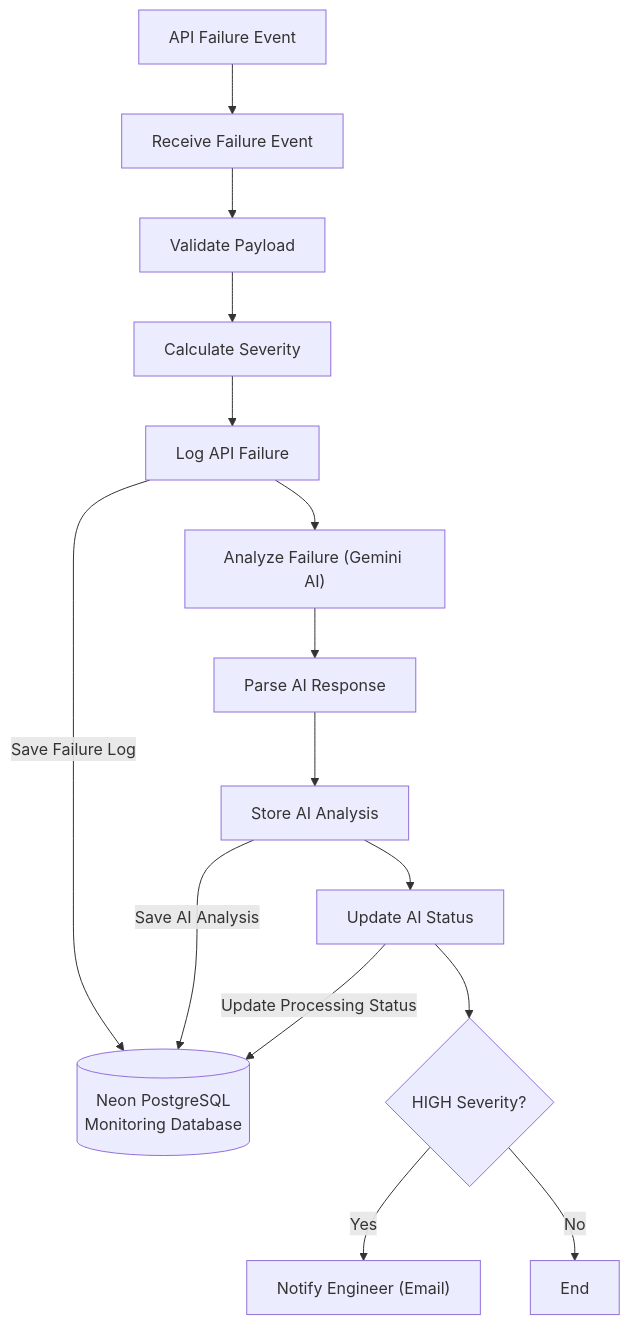
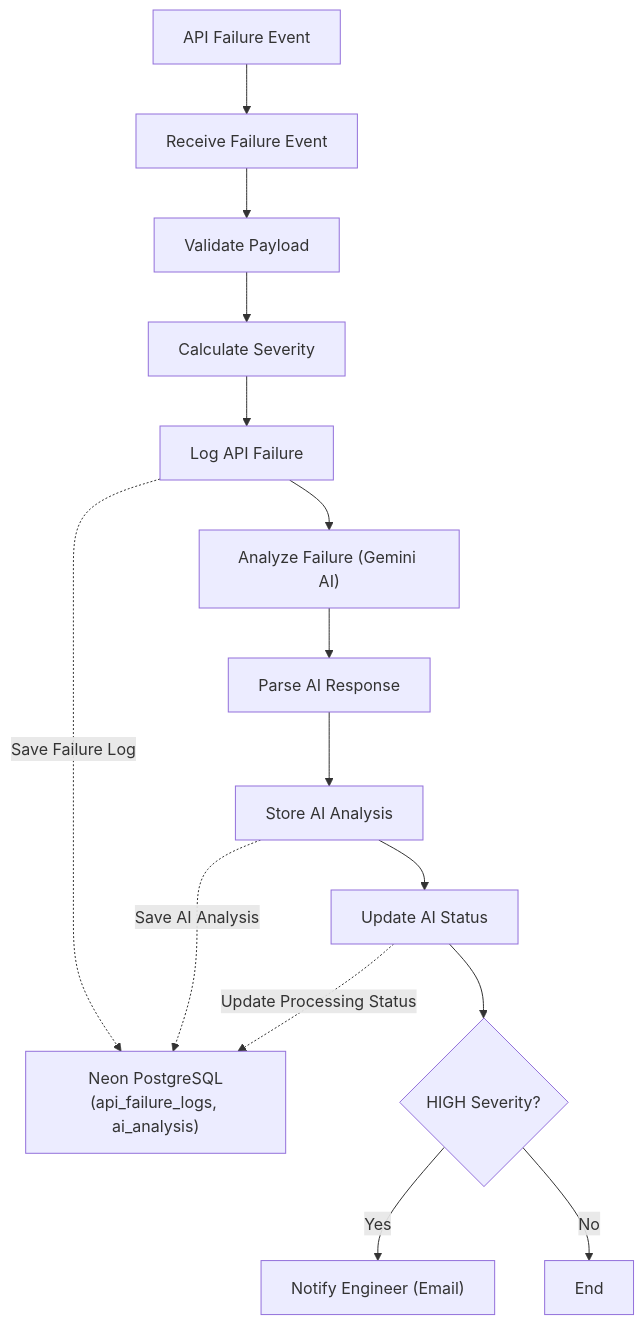
One commit to FarhaSerinNaaz/DevStream changed the first of 2 diagrams in README.md. Above: the diagram before and after it, drawn with Mermaid. The commit also changed other lines of this file, not shown here.

Commit message:
Revise incident monitoring workflow in README
Updated the workflow description and modified state transitions in the diagram.

````diff
--- a/README.md
+++ b/README.md
@@ -73,38 +73,38 @@
 ```mermaid
 flowchart TD
 
 A["API Failure Event"]
 B["Receive Failure Event"]
 C["Validate Payload"]
 D["Calculate Severity"]
 E["Log API Failure"]
 F["Analyze Failure (Gemini AI)"]
 G["Parse AI Response"]
 H["Store AI Analysis"]
 I["Update AI Status"]
 J{"HIGH Severity?"}
 K["Notify Engineer (Email)"]
 L["End"]
-M[("Neon PostgreSQL
-Monitoring Database")]
+M["Neon PostgreSQL
+(api_failure_logs, ai_analysis)"]
 
 A --> B
 B --> C
 C --> D
 D --> E
 
-E -->|"Save Failure Log"| M
+E -.->|"Save Failure Log"| M
 
 E --> F
 F --> G
 G --> H
 
-H -->|"Save AI Analysis"| M
+H -.->|"Save AI Analysis"| M
 
 H --> I
-I -->|"Update Processing Status"| M
+I -.->|"Update Processing Status"| M
 I --> J
 
 J -->|Yes| K
 J -->|No| L
 ```
````
